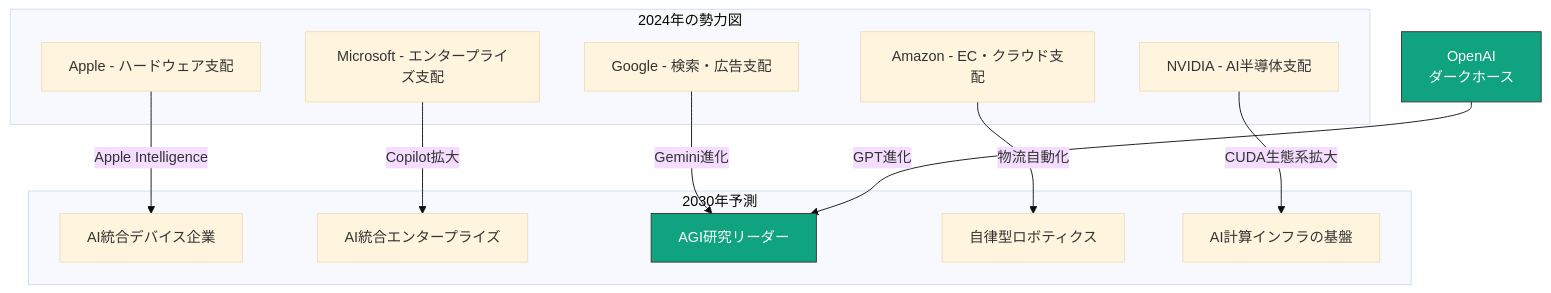
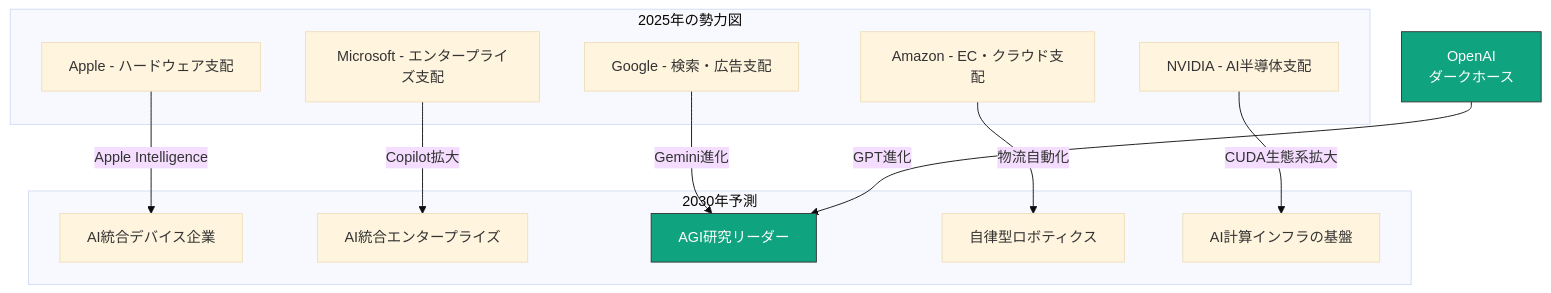
One commit to yasuhisa1984/blog changed the fourth of 4 diagrams in content/posts/it-company-power-ranking.md. Above: the diagram before and after it, drawn with Mermaid (base theme). The commit also changed other lines of this file, not shown here.

````diff
--- a/content/posts/it-company-power-ranking.md
+++ b/content/posts/it-company-power-ranking.md
@@ -335,29 +340,29 @@
 ```mermaid
 graph TD
-    subgraph "2024年の勢力図"
+    subgraph "2025年の勢力図"
         Now1[Apple - ハードウェア支配]
         Now2[Microsoft - エンタープライズ支配]
         Now3[Google - 検索・広告支配]
         Now4[Amazon - EC・クラウド支配]
         Now5[NVIDIA - AI半導体支配]
     end
 
     subgraph "2030年予測"
         Fut1[AI統合デバイス企業]
         Fut2[AI統合エンタープライズ]
         Fut3[AGI研究リーダー]
         Fut4[自律型ロボティクス]
         Fut5[AI計算インフラの基盤]
     end
 
     Now1 -->|Apple Intelligence| Fut1
     Now2 -->|Copilot拡大| Fut2
     Now3 -->|Gemini進化| Fut3
     Now4 -->|物流自動化| Fut4
     Now5 -->|CUDA生態系拡大| Fut5
 
     OpenAI[OpenAI<br/>ダークホース] -->|GPT進化| Fut3
 
     style OpenAI fill:#10a37f,stroke:#333,color:#fff
     style Fut3 fill:#10a37f,stroke:#333,color:#fff
 ```
````
